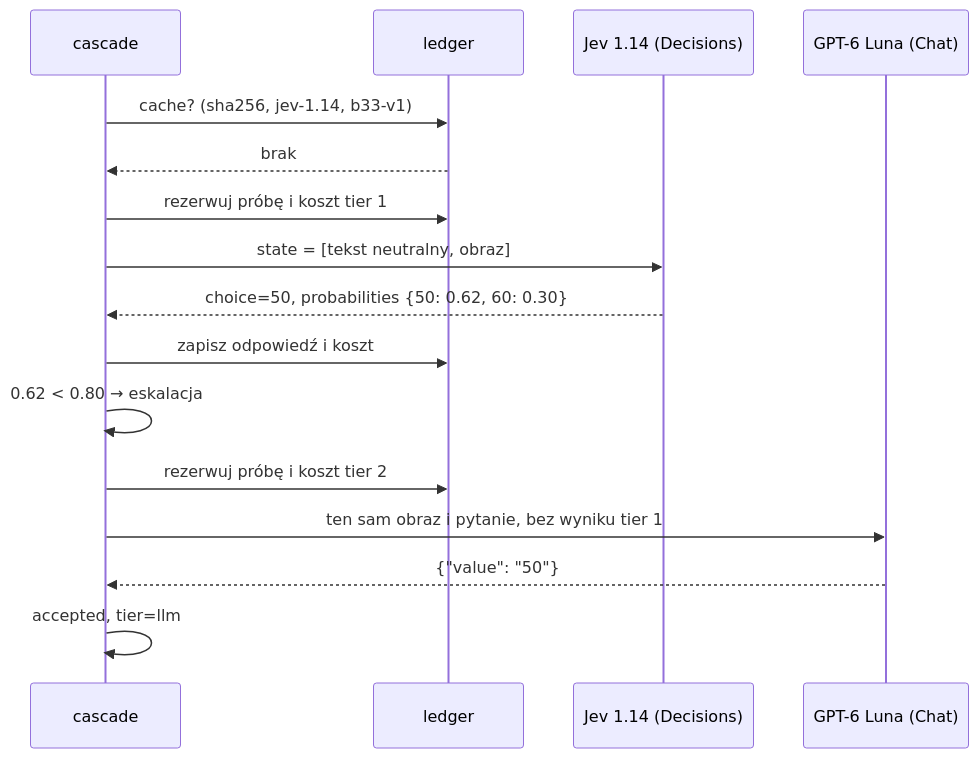
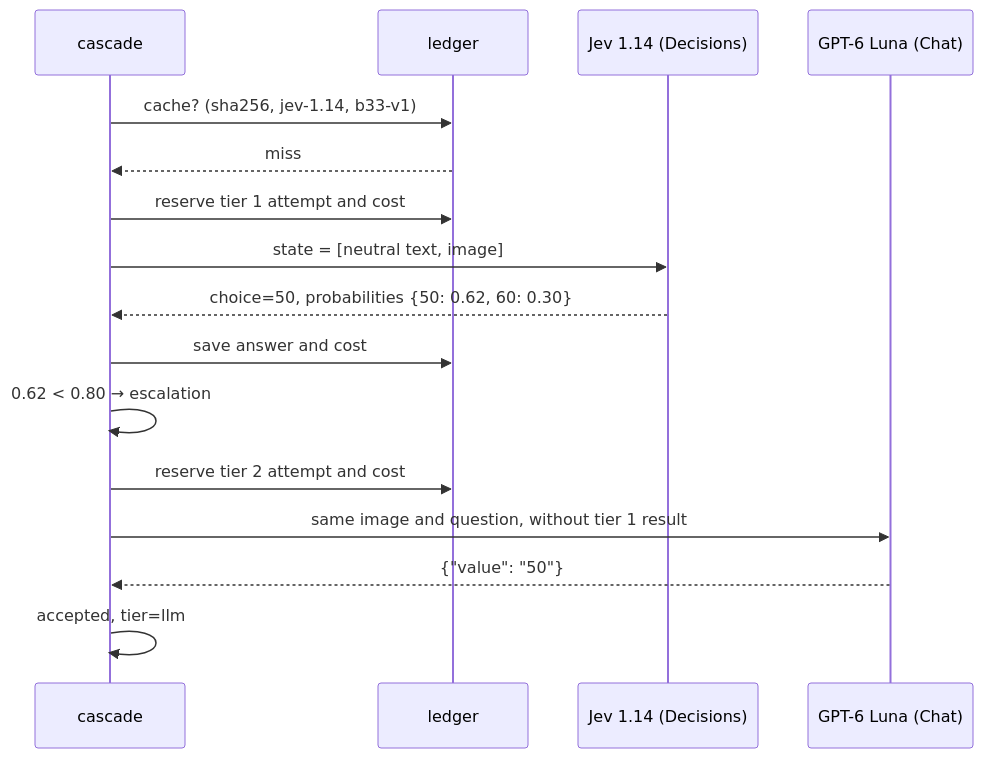
The second of 3 diagrams in docs/ADR/001-decision-cascade.md (sosnowskaga/jsystems-claude-codex-gis-2026-11), drawn with Mermaid before and after one commit. The commit also changed other lines of this file and 3 other files, not shown here.

````diff
--- a/docs/ADR/001-decision-cascade.md
+++ b/docs/ADR/001-decision-cascade.md
@@ -194,18 +194,18 @@
 ```mermaid
 sequenceDiagram
     participant C as cascade
     participant L as ledger
     participant D as Jev 1.14 (Decisions)
     participant G as GPT-6 Luna (Chat)
     C->>L: cache? (sha256, jev-1.14, b33-v1)
-    L-->>C: brak
-    C->>L: rezerwuj próbę i koszt tier 1
-    C->>D: state = [tekst neutralny, obraz]
+    L-->>C: miss
+    C->>L: reserve tier 1 attempt and cost
+    C->>D: state = [neutral text, image]
     D-->>C: choice=50, probabilities {50: 0.62, 60: 0.30}
-    C->>L: zapisz odpowiedź i koszt
-    C->>C: 0.62 < 0.80 → eskalacja
-    C->>L: rezerwuj próbę i koszt tier 2
-    C->>G: ten sam obraz i pytanie, bez wyniku tier 1
+    C->>L: save answer and cost
+    C->>C: 0.62 < 0.80 → escalation
+    C->>L: reserve tier 2 attempt and cost
+    C->>G: same image and question, without tier 1 result
     G-->>C: {"value": "50"}
     C->>C: accepted, tier=llm
 ```
````
